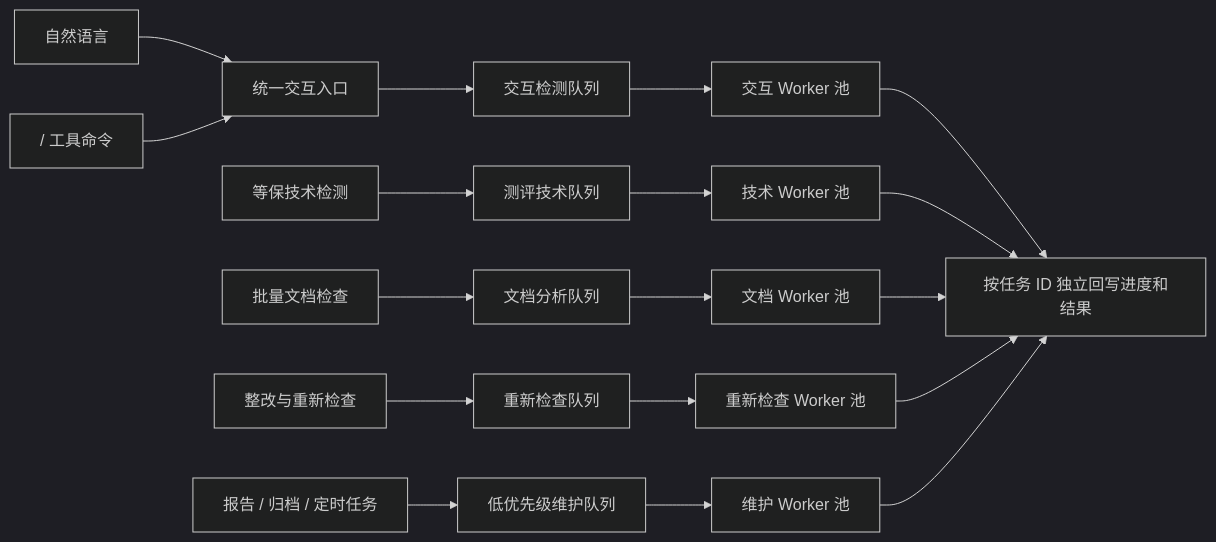
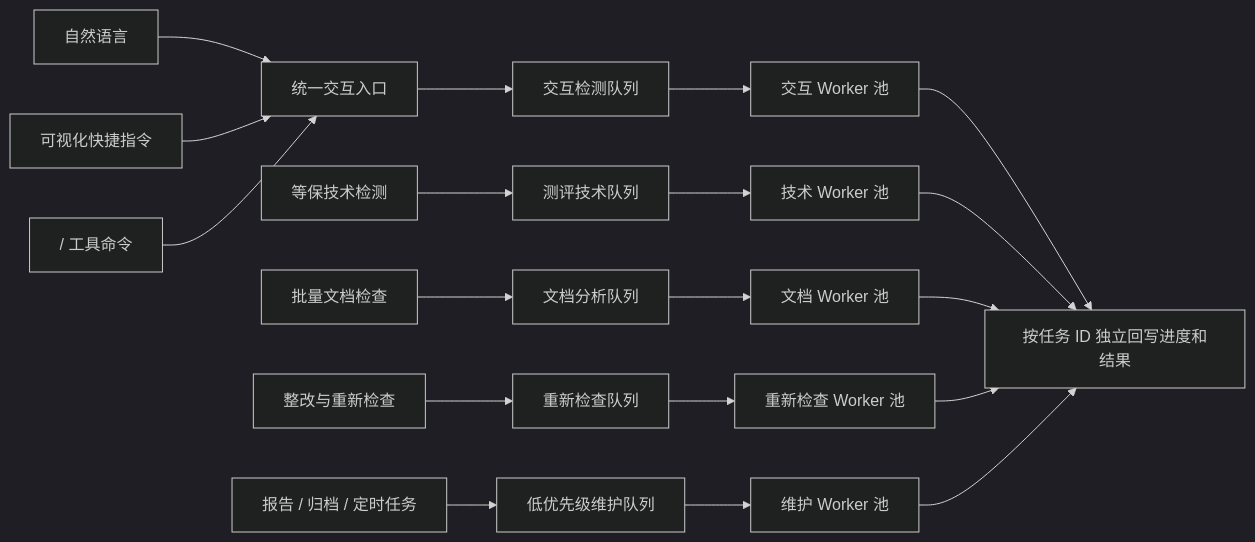
Before and after one commit to asxzsa558/CertiProof: the tenth of 13 diagrams in .opencode/plans/ARCHITECTURE.md, drawn with Mermaid (dark theme). The commit also changed other lines of this file and 43 other files, not shown here.

````diff
--- a/.opencode/plans/ARCHITECTURE.md
+++ b/.opencode/plans/ARCHITECTURE.md
@@ -833,20 +906,21 @@
 ```mermaid
 flowchart LR
   CHAT["自然语言"] --> INGRESS["统一交互入口"]
+  QUICK["可视化快捷指令"] --> INGRESS
   SLASH["/ 工具命令"] --> INGRESS
   INGRESS --> IQ["交互检测队列"]
   ASSESS["等保技术检测"] --> TQ["测评技术队列"]
   DOC["批量文档检查"] --> DQ["文档分析队列"]
   VERIFY["整改与重新检查"] --> VQ["重新检查队列"]
   MAINT["报告 / 归档 / 定时任务"] --> MQ["低优先级维护队列"]
   IQ --> IW["交互 Worker 池"]
   TQ --> TW["技术 Worker 池"]
   DQ --> DW["文档 Worker 池"]
   VQ --> VW["重新检查 Worker 池"]
   MQ --> MW["维护 Worker 池"]
   IW --> RESULT["按任务 ID 独立回写进度和结果"]
   TW --> RESULT
   DW --> RESULT
   VW --> RESULT
   MW --> RESULT
 ```
````
